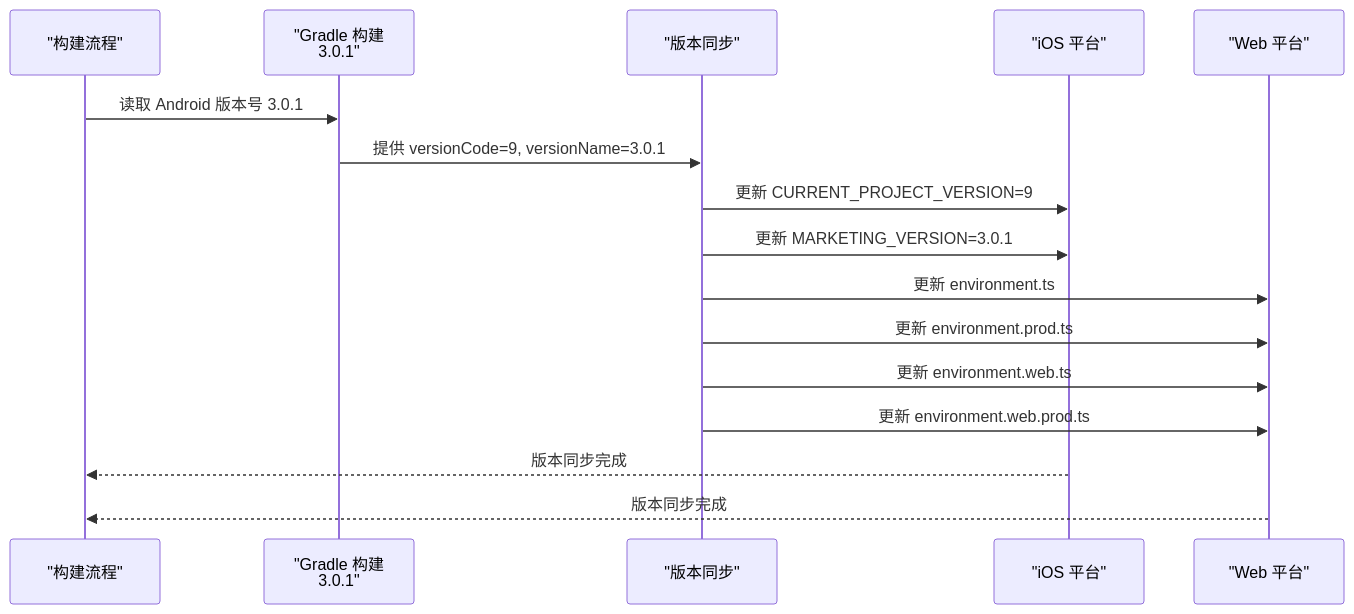
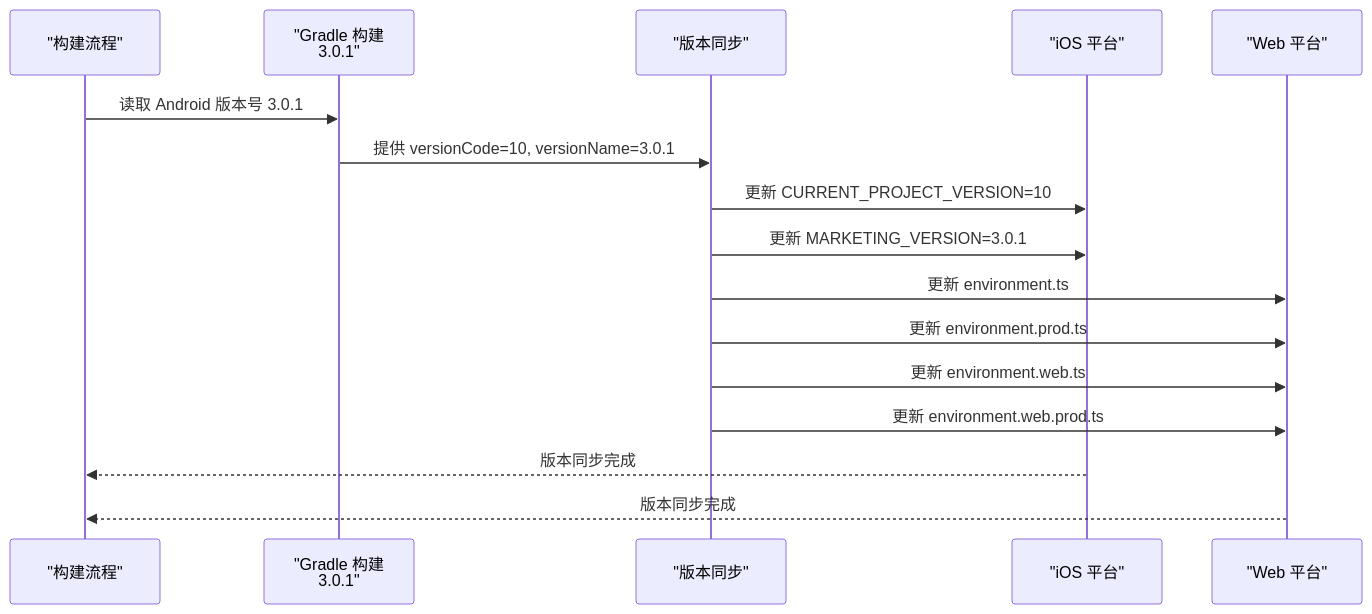
Before and after one commit to tea4go/Macro-Deck-Client-App: the fifth of 6 diagrams in .qoder/repowiki/zh/content/构建与部署/构建配置.md, drawn with Mermaid. The commit also changed other lines of this file and 20 other files, not shown here.

````diff
--- a/.qoder/repowiki/zh/content/构建与部署/构建配置.md
+++ b/.qoder/repowiki/zh/content/构建与部署/构建配置.md
@@ -909,18 +909,18 @@
 ```mermaid
 sequenceDiagram
 participant Build as "构建流程"
 participant Gradle as "Gradle 构建<br/>3.0.1"
 participant Sync as "版本同步"
 participant iOS as "iOS 平台"
 participant Web as "Web 平台"
 Build->>Gradle : 读取 Android 版本号 3.0.1
-Gradle->>Sync : 提供 versionCode=9, versionName=3.0.1
-Sync->>iOS : 更新 CURRENT_PROJECT_VERSION=9
+Gradle->>Sync : 提供 versionCode=10, versionName=3.0.1
+Sync->>iOS : 更新 CURRENT_PROJECT_VERSION=10
 Sync->>iOS : 更新 MARKETING_VERSION=3.0.1
 Sync->>Web : 更新 environment.ts
 Sync->>Web : 更新 environment.prod.ts
 Sync->>Web : 更新 environment.web.ts
 Sync->>Web : 更新 environment.web.prod.ts
 iOS-->>Build : 版本同步完成
 Web-->>Build : 版本同步完成
 ```
````
